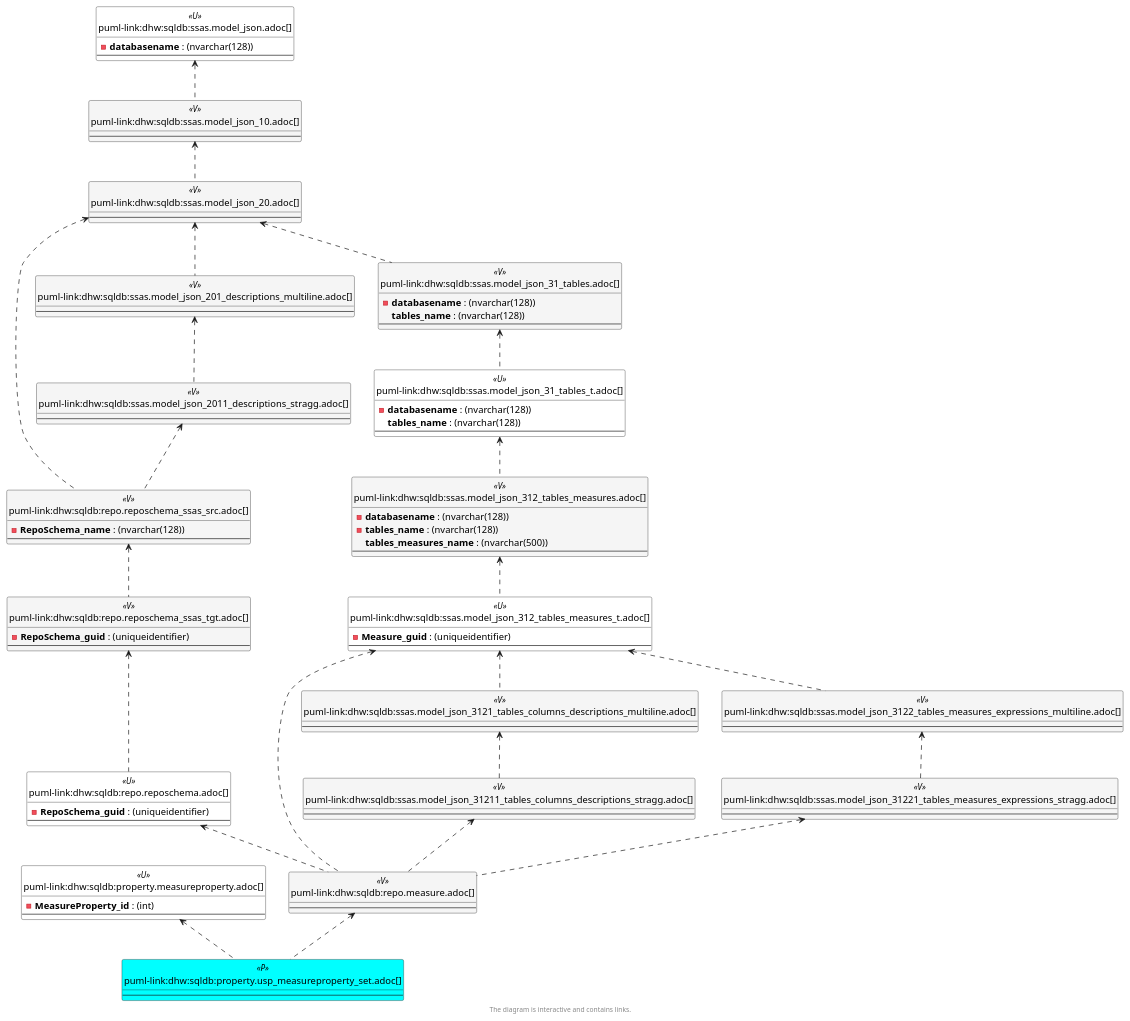
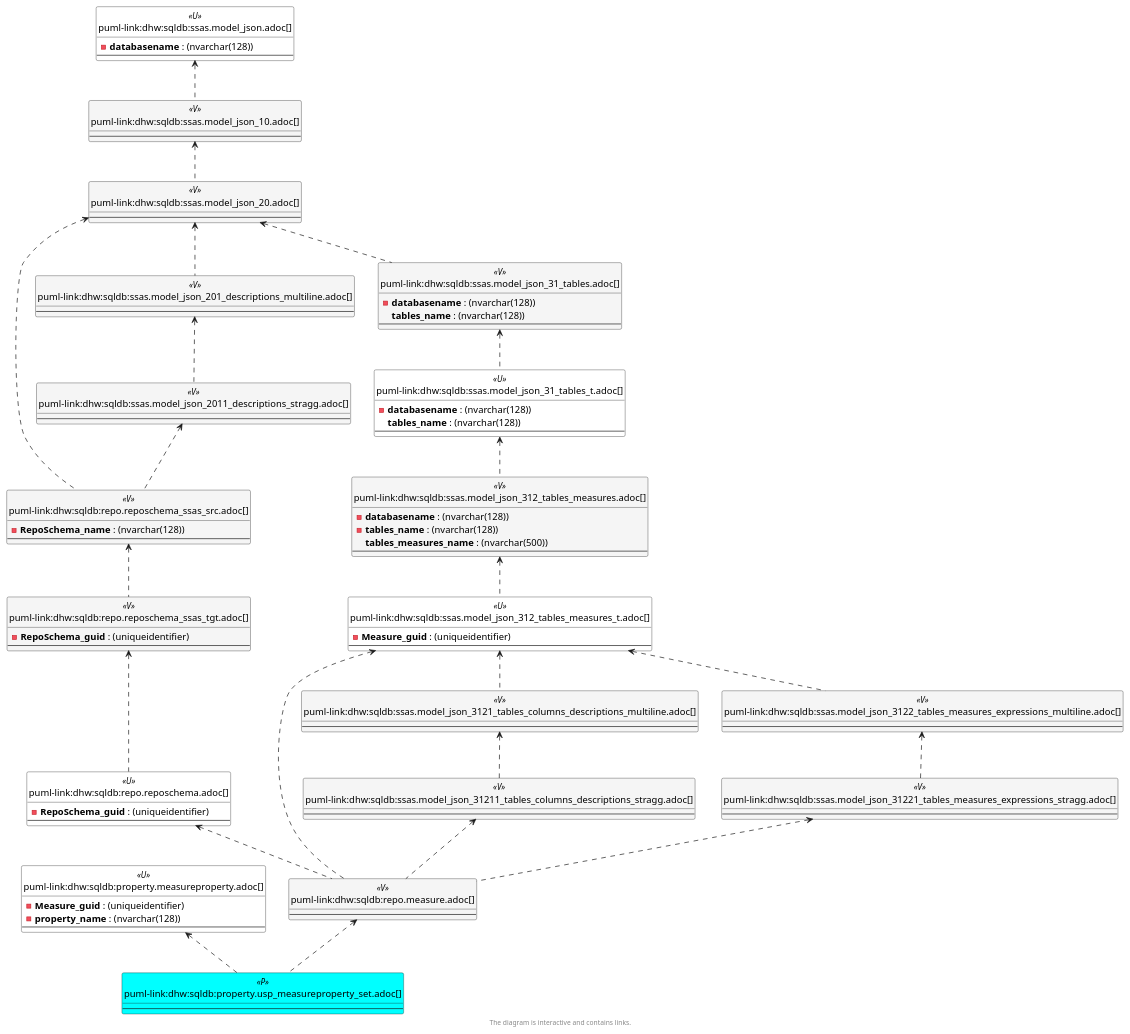
Before and after one commit to DataHandwerk/dhw-antora-sqldb: the fourth of 6 diagrams in docs/modules/sqldb/partials/content/property.usp_measureproperty_set.adoc, drawn with PlantUML. The commit also changed other lines of this file and 751 other files, not shown here.

```diff
--- a/docs/modules/sqldb/partials/content/property.usp_measureproperty_set.adoc
+++ b/docs/modules/sqldb/partials/content/property.usp_measureproperty_set.adoc
@@ -589,7 +590,8 @@
 
 
 entity "puml-link:dhw:sqldb:property.measureproperty.adoc[]" as property.MeasureProperty << U >> {
-  - **MeasureProperty_id** : (int)
+  - **Measure_guid** : (uniqueidentifier)
+  - **property_name** : (nvarchar(128))
   --
 }
 
@@ -685,16 +687,16 @@
 ssas.model_json <.. ssas.model_json_10
 ssas.model_json_10 <.. ssas.model_json_20
 ssas.model_json_20 <.. repo.RepoSchema_ssas_src
+ssas.model_json_20 <.. ssas.model_json_31_tables
 ssas.model_json_20 <.. ssas.model_json_201_descriptions_multiline
-ssas.model_json_20 <.. ssas.model_json_31_tables
 ssas.model_json_201_descriptions_multiline <.. ssas.model_json_2011_descriptions_StrAgg
 ssas.model_json_2011_descriptions_StrAgg <.. repo.RepoSchema_ssas_src
 ssas.model_json_31_tables <.. ssas.model_json_31_tables_T
 ssas.model_json_31_tables_T <.. ssas.model_json_312_tables_measures
 ssas.model_json_312_tables_measures <.. ssas.model_json_312_tables_measures_T
+ssas.model_json_312_tables_measures_T <.. ssas.model_json_3122_tables_measures_expressions_multiline
 ssas.model_json_312_tables_measures_T <.. repo.Measure
 ssas.model_json_312_tables_measures_T <.. ssas.model_json_3121_tables_columns_descriptions_multiline
-ssas.model_json_312_tables_measures_T <.. ssas.model_json_3122_tables_measures_expressions_multiline
 ssas.model_json_3121_tables_columns_descriptions_multiline <.. ssas.model_json_31211_tables_columns_descriptions_StrAgg
 ssas.model_json_31211_tables_columns_descriptions_StrAgg <.. repo.Measure
 ssas.model_json_3122_tables_measures_expressions_multiline <.. ssas.model_json_31221_tables_measures_expressions_StrAgg
```
